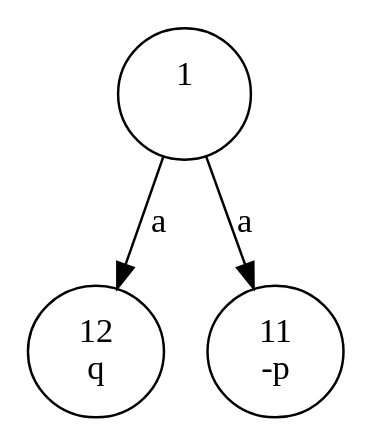
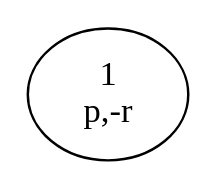
One commit to cagve/epistemic-tree changed the diagram in lib/dots/model.dot. Above: the diagram before and after it, drawn with Graphviz. The commit also changed 6 other files, not shown here.

```diff
--- a/lib/dots/model.dot
+++ b/lib/dots/model.dot
@@ -1,7 +1,4 @@
 digraph G {
 1[label="1 \n "];
-12[label="12 \n q"];
-11[label="11 \n -p"];
-1 -> 12[label="a"];
-1 -> 11[label="a"];
+1[label="1 \n p,-r"];
 }
```
